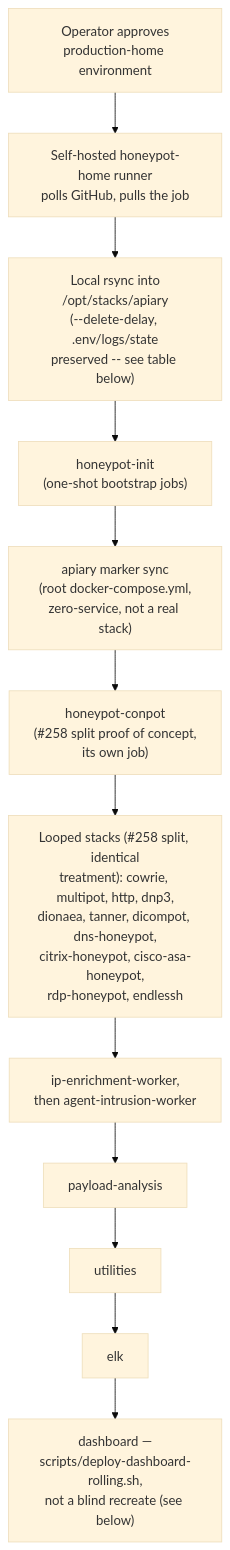
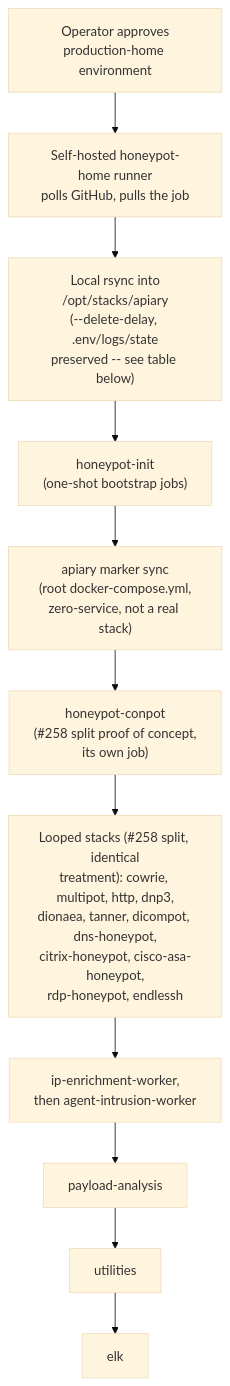
The second of 4 diagrams in docs/CI-CD.md (Xore/APIARY), drawn with Mermaid (base theme) before and after one commit. The commit also changed other lines of this file and 1170 other files, not shown here.

````diff
--- a/docs/CI-CD.md
+++ b/docs/CI-CD.md
@@ -139,18 +139,17 @@
 ```mermaid
 flowchart TB
   approve["Operator approves<br/>production-home environment"]
   runner["Self-hosted honeypot-home runner<br/>polls GitHub, pulls the job"]
   sync["Local rsync into<br/>/opt/stacks/apiary<br/>(--delete-delay, .env/logs/state<br/>preserved -- see table below)"]
   init["honeypot-init<br/>(one-shot bootstrap jobs)"]
   marker["apiary marker sync<br/>(root docker-compose.yml,<br/>zero-service, not a real stack)"]
   conpot["honeypot-conpot<br/>(#258 split proof of concept,<br/>its own job)"]
   sensorLoop["Looped stacks (#258 split, identical<br/>treatment): cowrie, multipot, http, dnp3,<br/>dionaea, tanner, dicompot, dns-honeypot,<br/>citrix-honeypot, cisco-asa-honeypot,<br/>rdp-honeypot, endlessh"]
   workers["ip-enrichment-worker,<br/>then agent-intrusion-worker"]
   payload["payload-analysis"]
   util["utilities"]
   elk["elk"]
-  dashboard["dashboard —<br/>scripts/deploy-dashboard-rolling.sh,<br/>not a blind recreate (see below)"]
 
   approve --> runner --> sync
-  sync --> init --> marker --> conpot --> sensorLoop --> workers --> payload --> util --> elk --> dashboard
+  sync --> init --> marker --> conpot --> sensorLoop --> workers --> payload --> util --> elk
 ```
````
